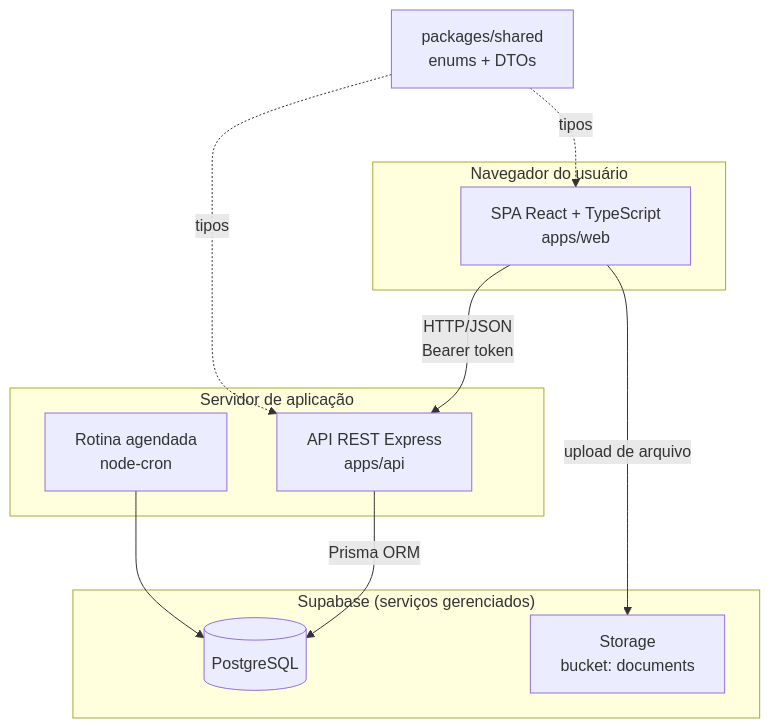
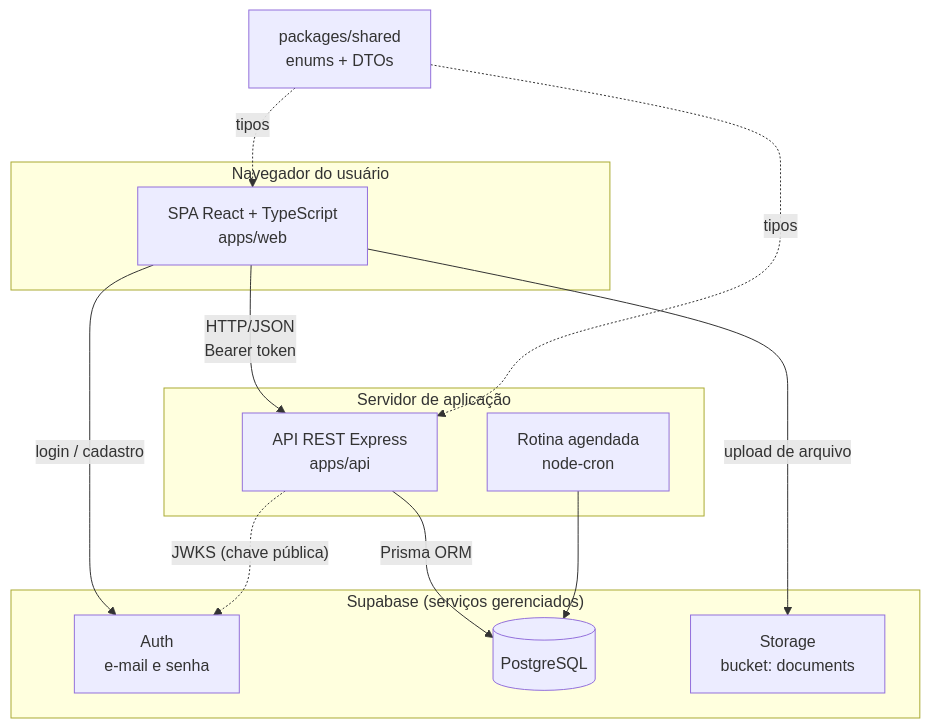
One commit to gregoryjereissati/pfi-fleet-manager changed the first of 6 diagrams in docs/04-arquitetura.md. Above: the diagram before and after it, drawn with Mermaid. The commit also changed other lines of this file and 42 other files, not shown here.

````diff
--- a/docs/04-arquitetura.md
+++ b/docs/04-arquitetura.md
@@ -22,25 +22,28 @@
 ```mermaid
 flowchart TB
     subgraph Cliente["Navegador do usuário"]
         SPA["SPA React + TypeScript<br/>apps/web"]
     end
 
     subgraph Servidor["Servidor de aplicação"]
         API["API REST Express<br/>apps/api"]
         CRON["Rotina agendada<br/>node-cron"]
     end
 
     subgraph Supabase["Supabase (serviços gerenciados)"]
+        AUTH["Auth<br/>e-mail e senha"]
         PG[("PostgreSQL")]
         ST["Storage<br/>bucket: documents"]
     end
 
     SHARED["packages/shared<br/>enums + DTOs"]
 
+    SPA -->|"login / cadastro"| AUTH
     SPA -->|"HTTP/JSON<br/>Bearer token"| API
     SPA -->|"upload de arquivo"| ST
     API -->|"Prisma ORM"| PG
+    API -.->|"JWKS (chave pública)"| AUTH
     CRON --> PG
     SHARED -.->|"tipos"| SPA
     SHARED -.->|"tipos"| API
 ```
````
